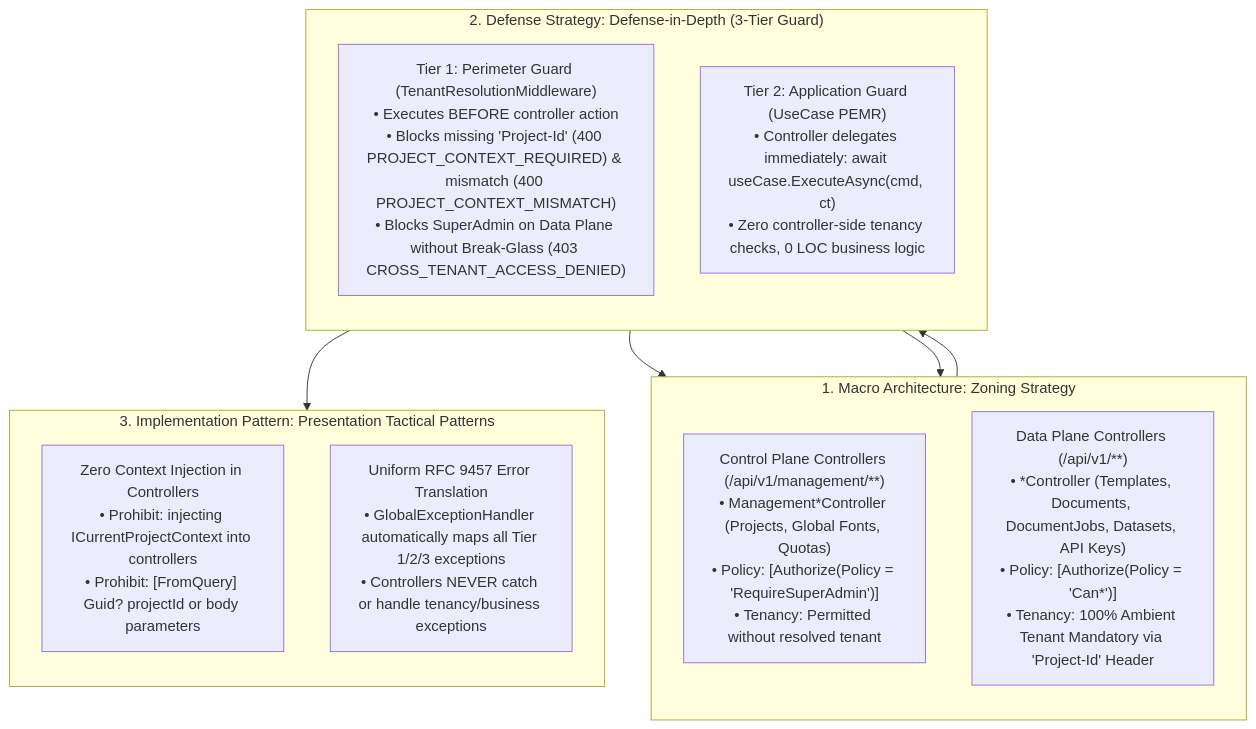
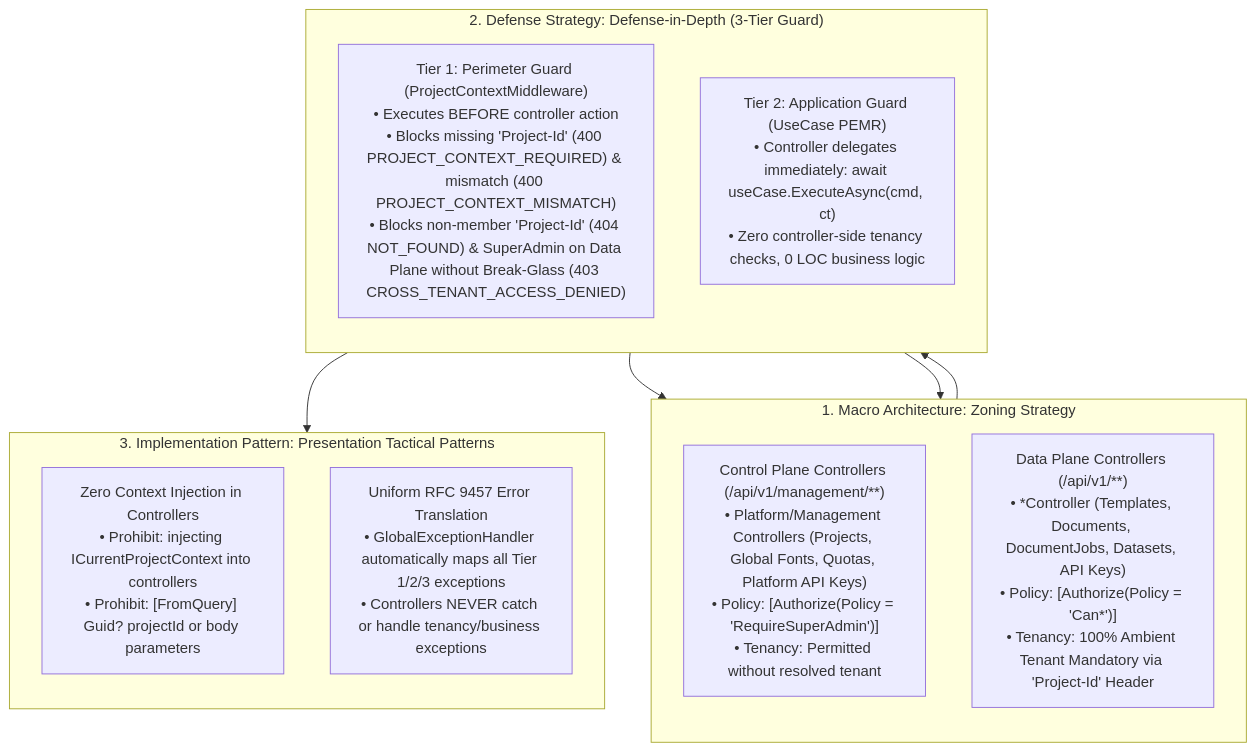
Before and after one commit to suang05/doc_template: the diagram in specs/01_clean_arch_patterns/04_api_presentation_layer.md, drawn with Mermaid. The commit also changed other lines of this file and 171 other files, not shown here.

````diff
--- a/specs/01_clean_arch_patterns/04_api_presentation_layer.md
+++ b/specs/01_clean_arch_patterns/04_api_presentation_layer.md
@@ -23,25 +23,25 @@
 ```mermaid
 flowchart TD
     subgraph Macro ["1. Macro Architecture: Zoning Strategy"]
         direction TB
-        CP_Ctrl["Control Plane Controllers (/api/v1/management/**)\n• Management*Controller (Projects, Global Fonts, Quotas)\n• Policy: [Authorize(Policy = 'RequireSuperAdmin')]\n• Tenancy: Permitted without resolved tenant"]
+        CP_Ctrl["Control Plane Controllers (/api/v1/management/**)\n• Platform/Management Controllers (Projects, Global Fonts, Quotas, Platform API Keys)\n• Policy: [Authorize(Policy = 'RequireSuperAdmin')]\n• Tenancy: Permitted without resolved tenant"]
         DP_Ctrl["Data Plane Controllers (/api/v1/**)\n• *Controller (Templates, Documents, DocumentJobs, Datasets, API Keys)\n• Policy: [Authorize(Policy = 'Can*')]\n• Tenancy: 100% Ambient Tenant Mandatory via 'Project-Id' Header"]
     end
 
     subgraph Defense ["2. Defense Strategy: Defense-in-Depth (3-Tier Guard)"]
         direction TB
-        T1["Tier 1: Perimeter Guard (TenantResolutionMiddleware)\n• Executes BEFORE controller action\n• Blocks missing 'Project-Id' (400 PROJECT_CONTEXT_REQUIRED) & mismatch (400 PROJECT_CONTEXT_MISMATCH)\n• Blocks SuperAdmin on Data Plane without Break-Glass (403 CROSS_TENANT_ACCESS_DENIED)"]
+        T1["Tier 1: Perimeter Guard (ProjectContextMiddleware)\n• Executes BEFORE controller action\n• Blocks missing 'Project-Id' (400 PROJECT_CONTEXT_REQUIRED) & mismatch (400 PROJECT_CONTEXT_MISMATCH)\n• Blocks non-member 'Project-Id' (404 NOT_FOUND) & SuperAdmin on Data Plane without Break-Glass (403 CROSS_TENANT_ACCESS_DENIED)"]
         T2["Tier 2: Application Guard (UseCase PEMR)\n• Controller delegates immediately: await useCase.ExecuteAsync(cmd, ct)\n• Zero controller-side tenancy checks, 0 LOC business logic"]
         T1 --> CP_Ctrl
         T1 --> DP_Ctrl
         DP_Ctrl --> T2
     end
 
     subgraph Tactical ["3. Implementation Pattern: Presentation Tactical Patterns"]
         direction TB
         TP1["Zero Context Injection in Controllers\n• Prohibit: injecting ICurrentProjectContext into controllers\n• Prohibit: [FromQuery] Guid? projectId or body parameters"]
         TP2["Uniform RFC 9457 Error Translation\n• GlobalExceptionHandler automatically maps all Tier 1/2/3 exceptions\n• Controllers NEVER catch or handle tenancy/business exceptions"]
     end
 
     T2 --> Tactical
 ```
````
